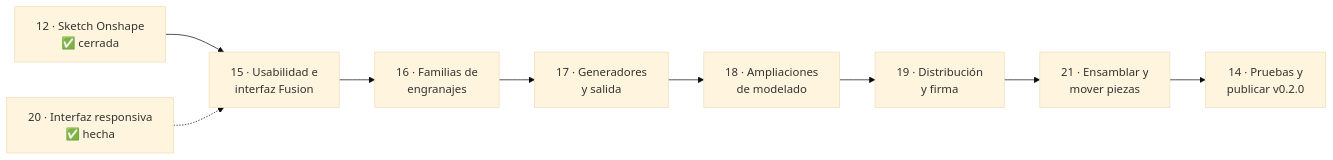
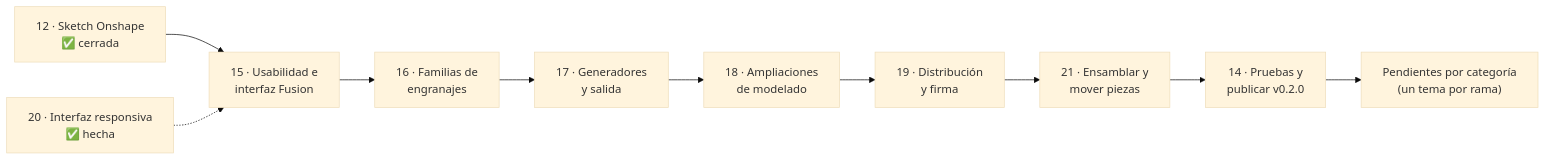
Before and after one commit to GeoNufio1404/NufioCAD: the first of 2 diagrams in docs/hoja-de-ruta.md, drawn with Mermaid (base theme). The commit also changed other lines of this file and 1 other file, not shown here.

Commit message:
Hoja de ruta: estado actual y pendientes ordenados por categoría (S a X)

````diff
--- a/docs/hoja-de-ruta.md
+++ b/docs/hoja-de-ruta.md
@@ -70,11 +70,12 @@
 ```mermaid
 flowchart LR
     F12["12 · Sketch Onshape<br/>✅ cerrada"] --> F15["15 · Usabilidad e<br/>interfaz Fusion"]
     F15 --> F16["16 · Familias de<br/>engranajes"]
     F16 --> F17["17 · Generadores<br/>y salida"]
     F17 --> F18["18 · Ampliaciones<br/>de modelado"]
     F18 --> F19["19 · Distribución<br/>y firma"]
     F19 --> F21["21 · Ensamblar y<br/>mover piezas"]
     F21 --> F14["14 · Pruebas y<br/>publicar v0.2.0"]
+    F14 --> PC["Pendientes por categoría<br/>(un tema por rama)"]
     F20["20 · Interfaz responsiva<br/>✅ hecha"] -.-> F15
 ```
````
